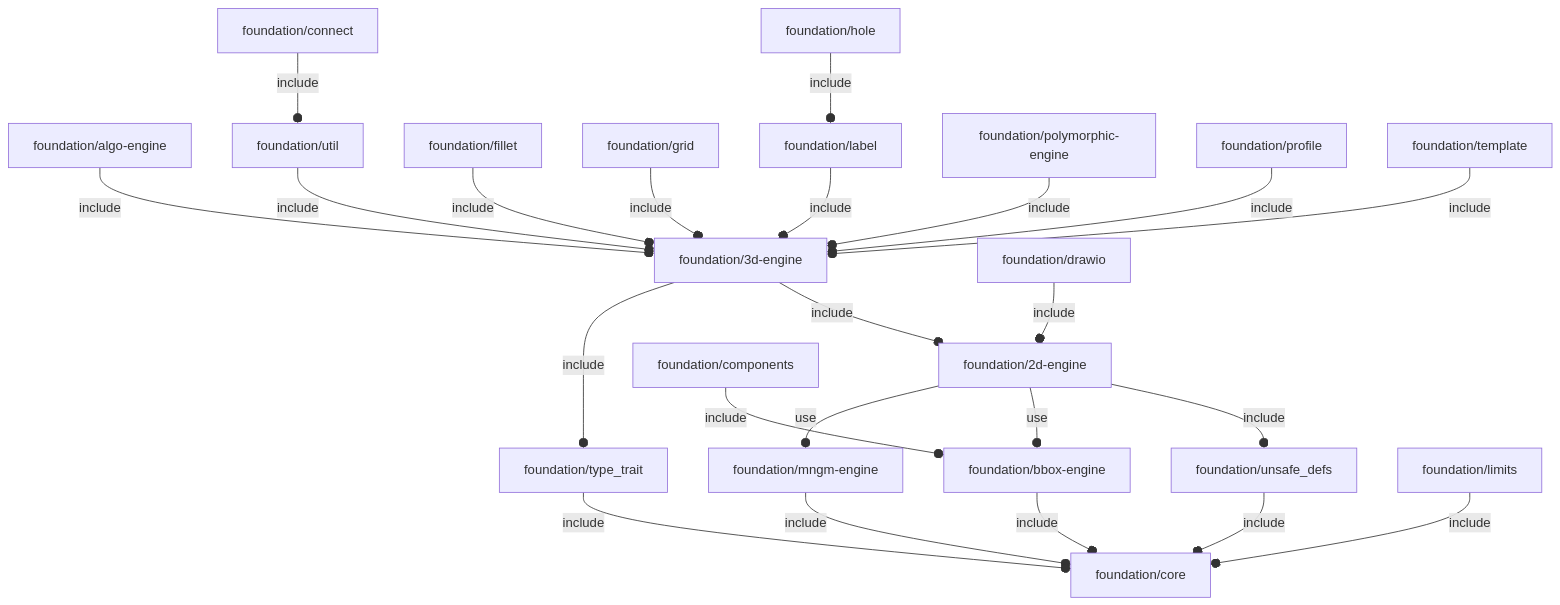
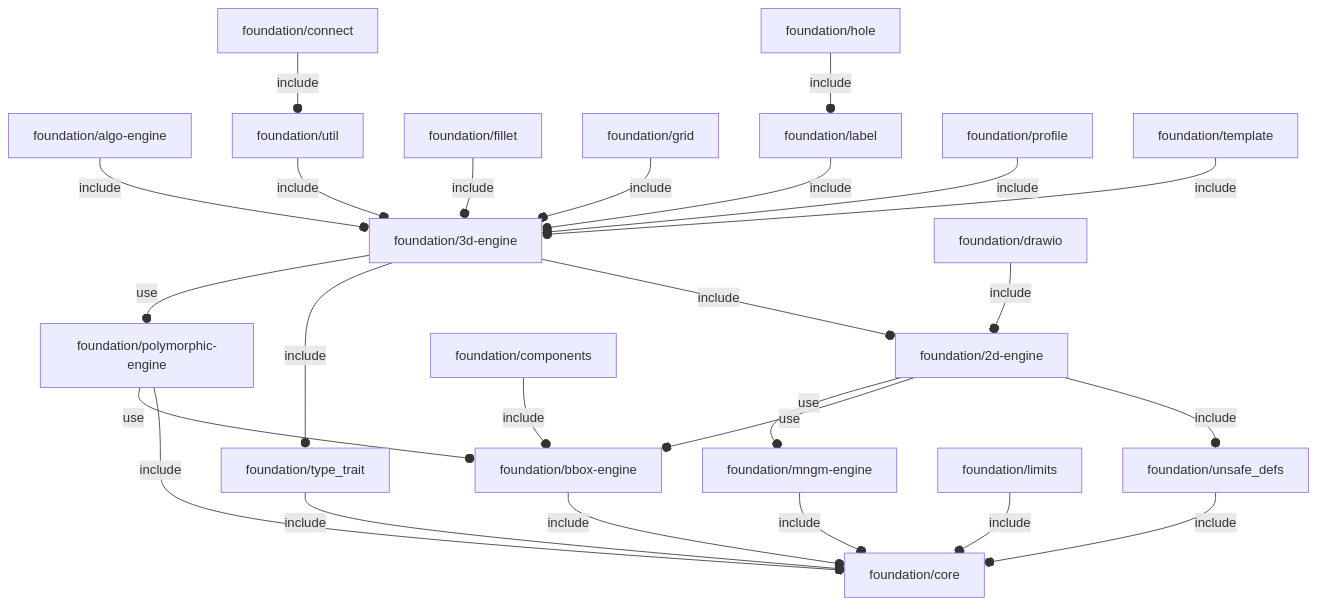
One commit to ggabbiani/OFL changed the diagram in orthodocs/foundation/deps.md. Above: the diagram before and after it, drawn with Mermaid. The commit also changed 5 other files, not shown here.

````diff
--- a/orthodocs/foundation/deps.md
+++ b/orthodocs/foundation/deps.md
@@ -3,26 +3,28 @@
 ```mermaid
 graph TD
     A1[foundation/2d-engine] --o|include| A2[foundation/unsafe_defs]
     A1 --o|use| A3[foundation/bbox-engine]
     A1 --o|use| A4[foundation/mngm-engine]
     A5[foundation/3d-engine] --o|include| A1
     A5 --o|include| A6[foundation/type_trait]
-    A7[foundation/algo-engine] --o|include| A5
-    A3 --o|include| A8[foundation/core]
-    A9[foundation/components] --o|include| A3
-    A10[foundation/connect] --o|include| A11[foundation/util]
-    A8
-    A12[foundation/drawio] --o|include| A1
-    A13[foundation/fillet] --o|include| A5
-    A14[foundation/grid] --o|include| A5
-    A15[foundation/hole] --o|include| A16[foundation/label]
-    A16 --o|include| A5
-    A17[foundation/limits] --o|include| A8
-    A4 --o|include| A8
-    A18[foundation/polymorphic-engine] --o|include| A5
+    A5 --o|use| A7[foundation/polymorphic-engine]
+    A8[foundation/algo-engine] --o|include| A5
+    A3 --o|include| A9[foundation/core]
+    A10[foundation/components] --o|include| A3
+    A11[foundation/connect] --o|include| A12[foundation/util]
+    A9
+    A13[foundation/drawio] --o|include| A1
+    A14[foundation/fillet] --o|include| A5
+    A15[foundation/grid] --o|include| A5
+    A16[foundation/hole] --o|include| A17[foundation/label]
+    A17 --o|include| A5
+    A18[foundation/limits] --o|include| A9
+    A4 --o|include| A9
+    A7 --o|include| A9
+    A7 --o|use| A3
     A19[foundation/profile] --o|include| A5
     A20[foundation/template] --o|include| A5
-    A6 --o|include| A8
-    A2 --o|include| A8
-    A11 --o|include| A5
+    A6 --o|include| A9
+    A2 --o|include| A9
+    A12 --o|include| A5
 ```
````
